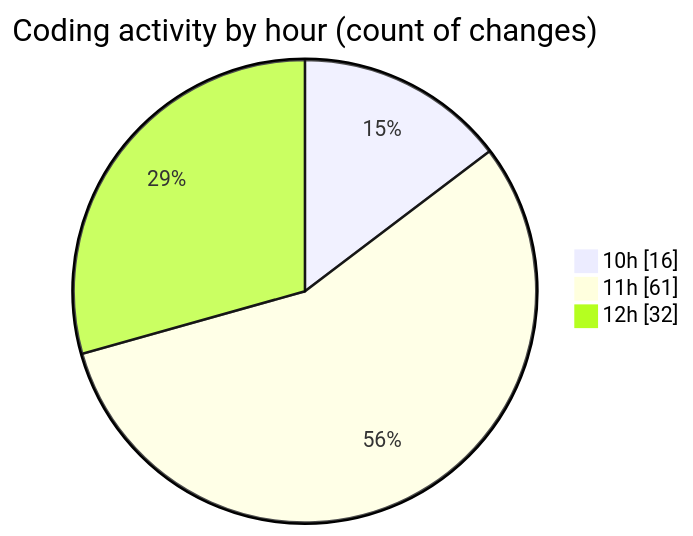
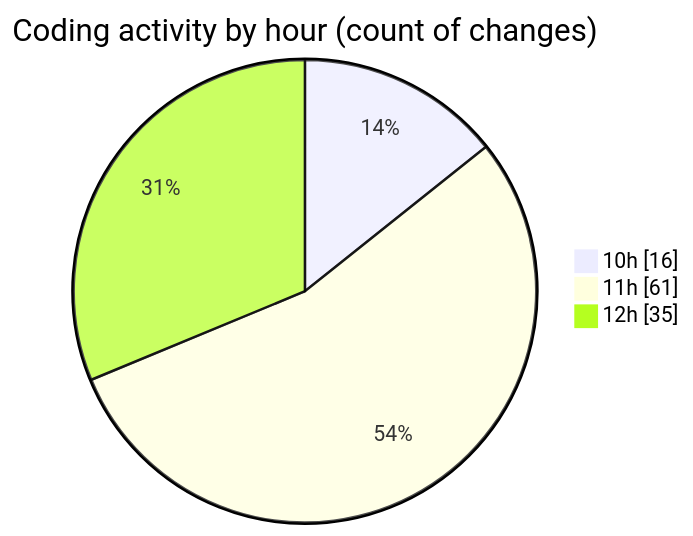
One commit to momahboobian/code-tracking changed the second of 2 diagrams in 2026-07-23/cda/README.md. Above: the diagram before and after it, drawn with Mermaid. The commit also changed other lines of this file and 1 other file, not shown here.

````diff
--- a/2026-07-23/cda/README.md
+++ b/2026-07-23/cda/README.md
@@ -50,7 +52,7 @@
 ```mermaid
 pie showData
 title Coding activity by hour (count of changes)
 "10h" : 16
 "11h" : 61
-"12h" : 32
+"12h" : 35
 ```
````
